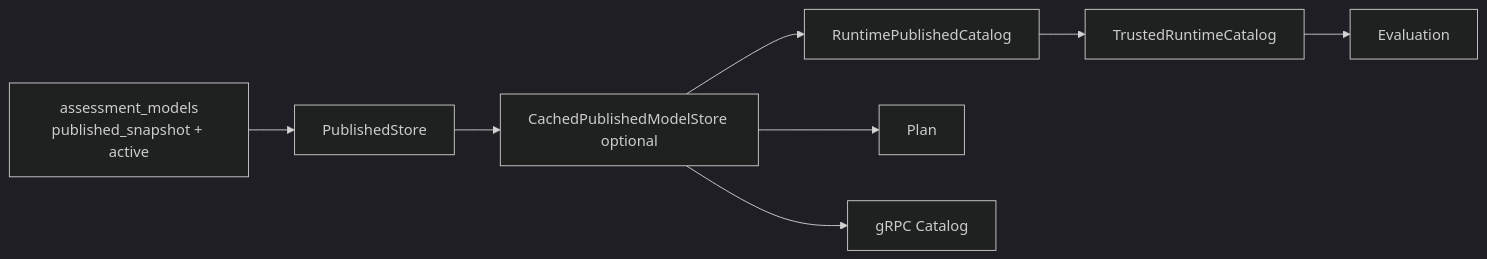
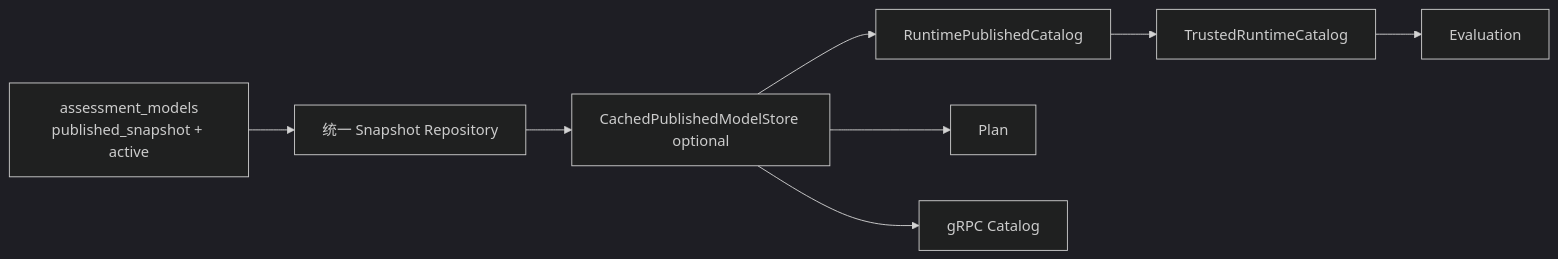
The first of 2 diagrams in docs/02-业务模块/20-model-catalog/31-关键链路-已发布模型解析与消费.md (FangcunMount/qs-server), drawn with Mermaid (dark theme) before and after one commit. The commit also changed other lines of this file and 75 other files, not shown here.

````diff
--- a/docs/02-业务模块/20-model-catalog/31-关键链路-已发布模型解析与消费.md
+++ b/docs/02-业务模块/20-model-catalog/31-关键链路-已发布模型解析与消费.md
@@ -27,16 +27,16 @@
 ```mermaid
 flowchart LR
     M["assessment_models<br/>published_snapshot + active"]
-    S["PublishedStore"]
+    S["统一 Snapshot Repository"]
     C["CachedPublishedModelStore optional"]
     R["RuntimePublishedCatalog"]
     T["TrustedRuntimeCatalog"]
     E["Evaluation"]
     P["Plan"]
     G["gRPC Catalog"]
 
     M --> S --> C --> R --> T
     T --> E
     C --> P
     C --> G
 ```
````
